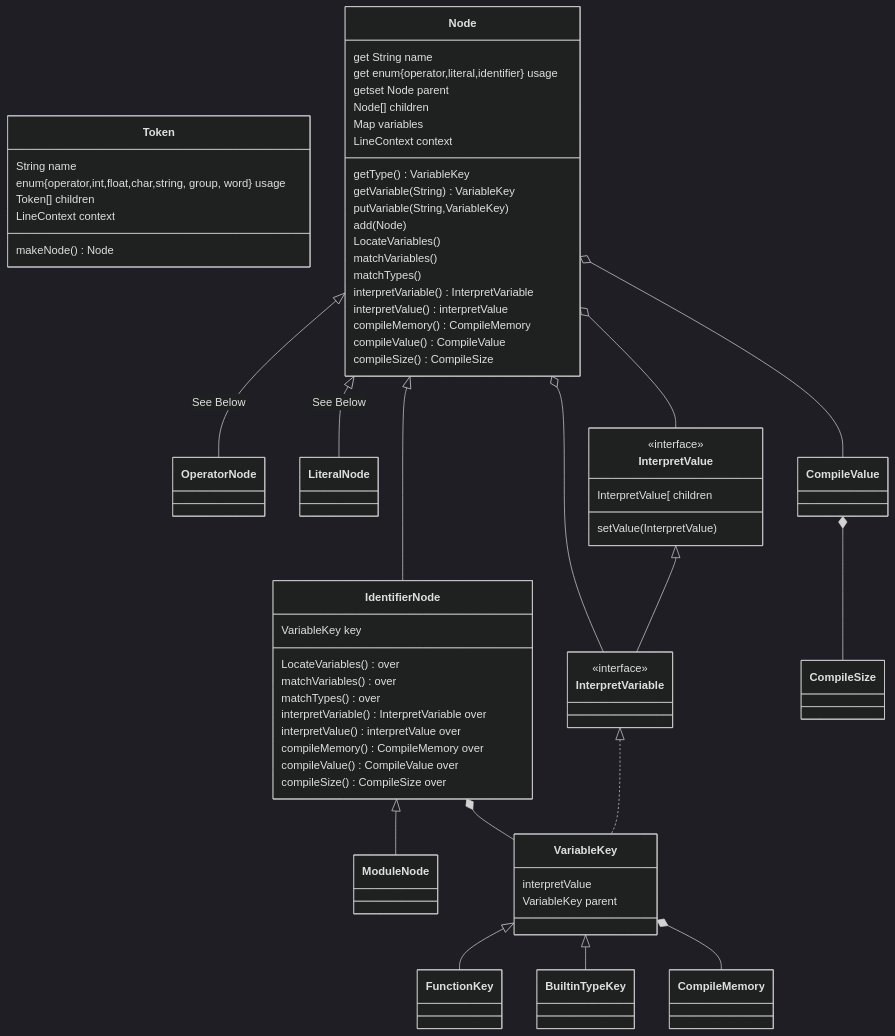
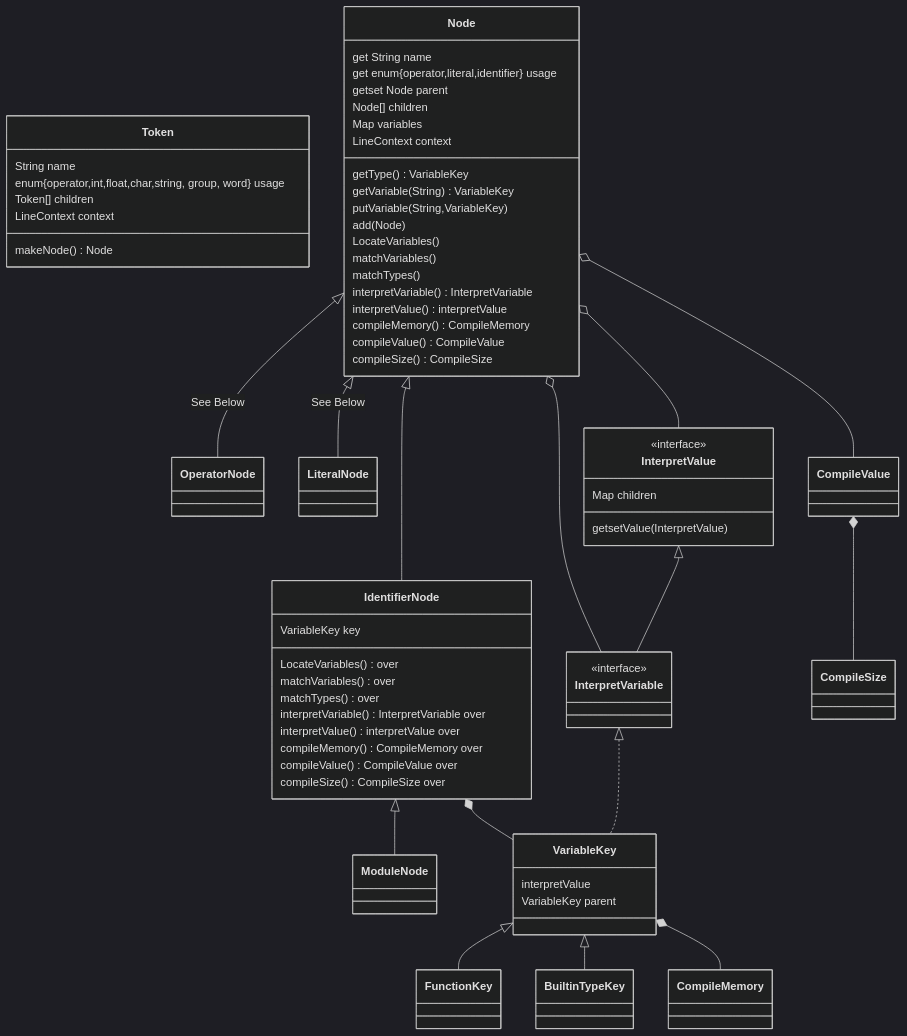
One commit to Jzhyang1/Monomer changed the first of 4 diagrams in Implementation.md. Above: the diagram before and after it, drawn with Mermaid (dark theme). The commit also changed other lines of this file, not shown here.

Commit message:
Implementation.md updated from https://stackedit.io/

````diff
--- a/Implementation.md
+++ b/Implementation.md
@@ -59,62 +59,62 @@
 ```mermaid
 classDiagram
 class Token
 
 Node <|-- OperatorNode: See Below
 Node <|-- LiteralNode: See Below
 Node <|-- IdentifierNode
 Node o-- InterpretVariable
 Node o-- InterpretValue
 IdentifierNode <|-- ModuleNode
 IdentifierNode *-- VariableKey
 VariableKey <|-- FunctionKey
 VariableKey <|-- BuiltinTypeKey
 VariableKey *-- CompileMemory
 InterpretValue <|-- InterpretVariable
 InterpretVariable <|.. VariableKey
 CompileValue *-- CompileSize
 Node o-- CompileValue
 
 Token: String name
 Token: enum{operator,int,float,char,string, group, word} usage
 Token: Token[] children
 Token: LineContext context
 Token: makeNode() Node
 
 Node: get String name
 Node: get enum{operator,literal,identifier} usage
 Node: getset Node parent
 Node: Node[] children
 Node: Map<String, VariableKey> variables
 Node: LineContext context
 Node: getType() VariableKey
 Node: getVariable(String) VariableKey
 Node: putVariable(String,VariableKey)
 Node: add(Node)
 Node: LocateVariables()
 Node: matchVariables()
 Node: matchTypes()
 Node: interpretVariable() InterpretVariable
 Node: interpretValue() interpretValue
 Node: compileMemory() CompileMemory
 Node: compileValue() CompileValue
 Node: compileSize() CompileSize
 
 IdentifierNode: VariableKey key
 IdentifierNode: LocateVariables() over
 IdentifierNode: matchVariables() over
 IdentifierNode: matchTypes() over
 IdentifierNode: interpretVariable() InterpretVariable over
 IdentifierNode: interpretValue() interpretValue over
 IdentifierNode: compileMemory() CompileMemory over
 IdentifierNode: compileValue() CompileValue over
 IdentifierNode: compileSize() CompileSize over
 
 <<interface>> InterpretValue
-InterpretValue: InterpretValue[ children
-InterpretValue: setValue(InterpretValue)
+InterpretValue: Map<String, InterpretValue> children
+InterpretValue: getsetValue(InterpretValue)
 <<interface>> InterpretVariable
 
 VariableKey: interpretValue
 VariableKey: VariableKey parent
 ```
````
